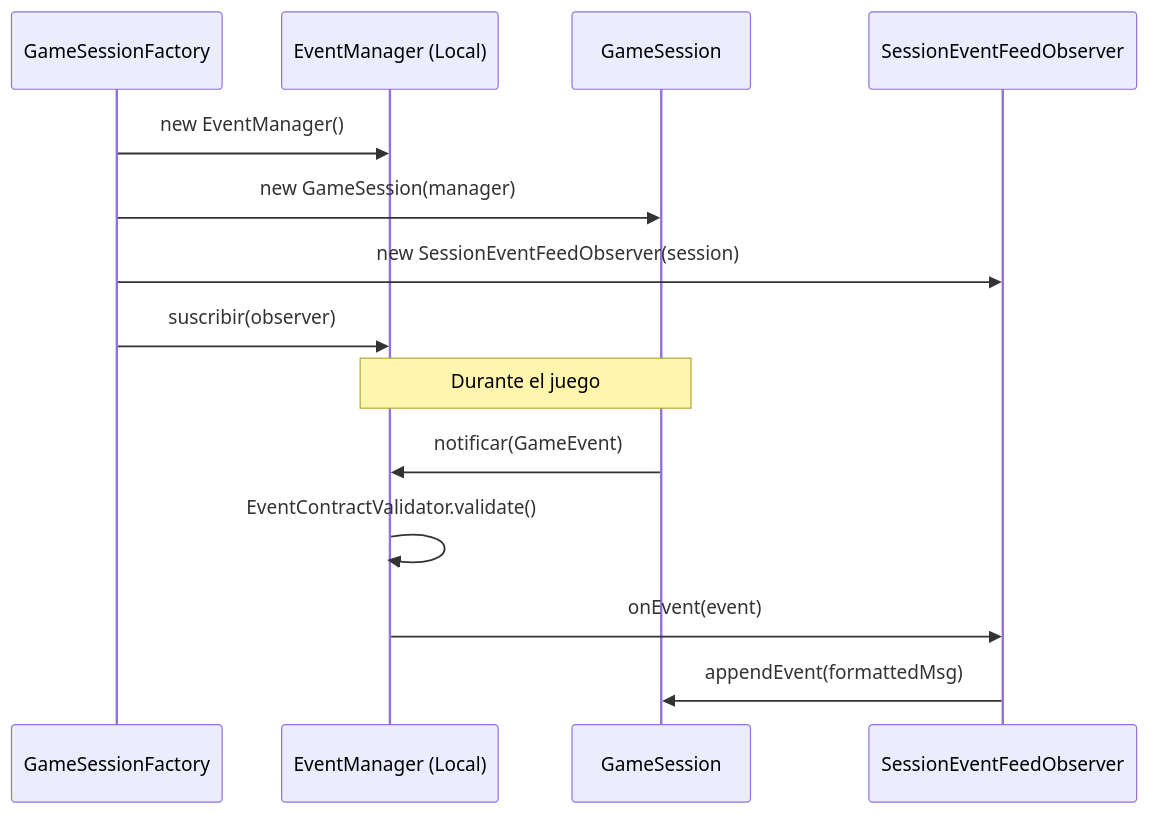
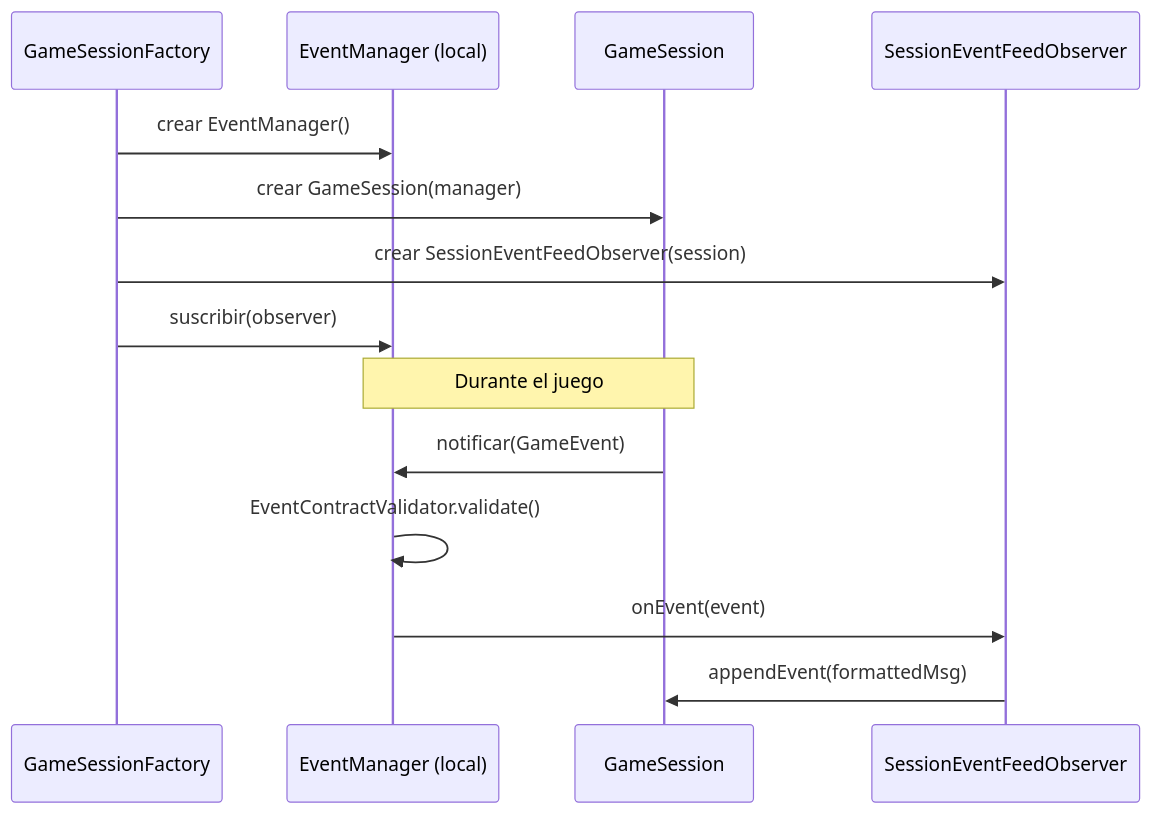
The diagram in docs/03-patterns/observer.md (Craos6518/dungeon-crawler-patterns), drawn with Mermaid before and after one commit. The commit also changed 11 other files, not shown here.

Commit message:
refactor: actualizar diagramas y terminología en la documentación de patrones

````diff
--- a/docs/03-patterns/observer.md
+++ b/docs/03-patterns/observer.md
@@ -28,18 +28,18 @@
 ```mermaid
 sequenceDiagram
     participant Factory as GameSessionFactory
-    participant Manager as EventManager (Local)
+    participant Manager as EventManager (local)
     participant Session as GameSession
     participant Observer as SessionEventFeedObserver
     
-    Factory->>Manager: new EventManager()
-    Factory->>Session: new GameSession(manager)
-    Factory->>Observer: new SessionEventFeedObserver(session)
+    Factory->>Manager: crear EventManager()
+    Factory->>Session: crear GameSession(manager)
+    Factory->>Observer: crear SessionEventFeedObserver(session)
     Factory->>Manager: suscribir(observer)
     
     Note over Session, Manager: Durante el juego
     Session->>Manager: notificar(GameEvent)
     Manager->>Manager: EventContractValidator.validate()
     Manager->>Observer: onEvent(event)
     Observer->>Session: appendEvent(formattedMsg)
 ```
````
